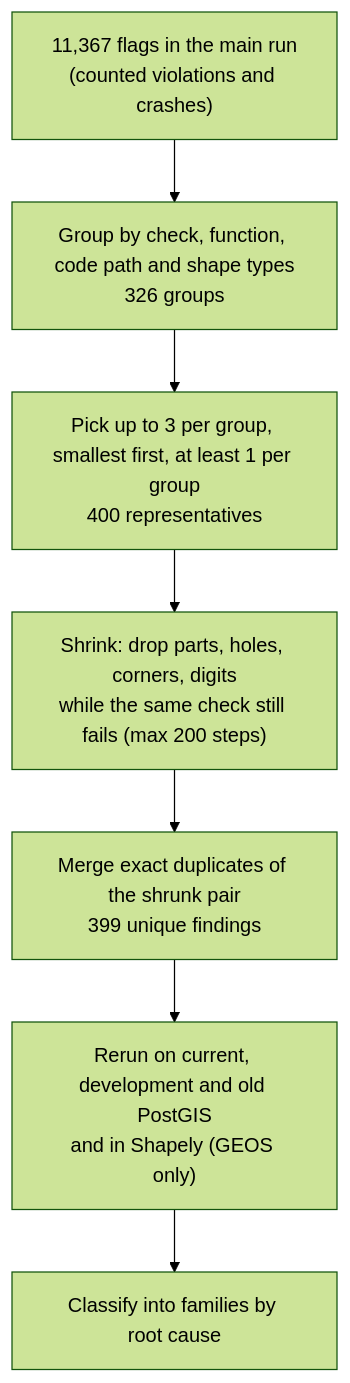
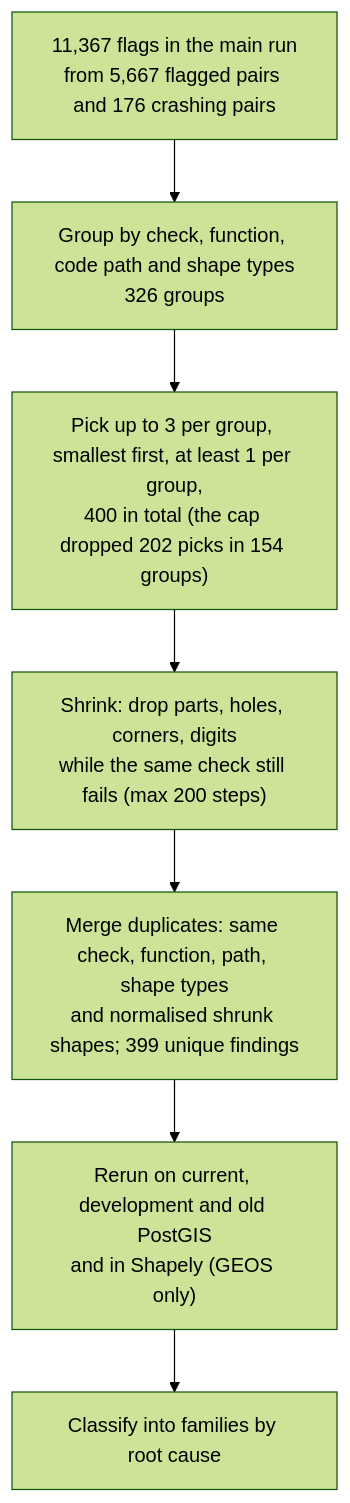
One commit to alexandre-zatti/postgis-consistency-testing changed the diagram in docs/02-method.md. Above: the diagram before and after it, drawn with Mermaid (forest theme). The commit also changed other lines of this file and 11 other files, not shown here.

````diff
--- a/docs/02-method.md
+++ b/docs/02-method.md
@@ -97,9 +120,9 @@
 ```mermaid
 flowchart TD
-    A["11,367 flags in the main run<br/>(counted violations and crashes)"] --> B["Group by check, function, code path and shape types<br/>326 groups"]
-    B --> C["Pick up to 3 per group, smallest first, at least 1 per group<br/>400 representatives"]
+    A["11,367 flags in the main run<br/>from 5,667 flagged pairs and 176 crashing pairs"] --> B["Group by check, function, code path and shape types<br/>326 groups"]
+    B --> C["Pick up to 3 per group, smallest first, at least 1 per group,<br/>400 in total (the cap dropped 202 picks in 154 groups)"]
     C --> D["Shrink: drop parts, holes, corners, digits<br/>while the same check still fails (max 200 steps)"]
-    D --> E["Merge exact duplicates of the shrunk pair<br/>399 unique findings"]
+    D --> E["Merge duplicates: same check, function, path, shape types<br/>and normalised shrunk shapes; 399 unique findings"]
     E --> F["Rerun on current, development and old PostGIS<br/>and in Shapely (GEOS only)"]
     F --> G["Classify into families by root cause"]
 ```
````
